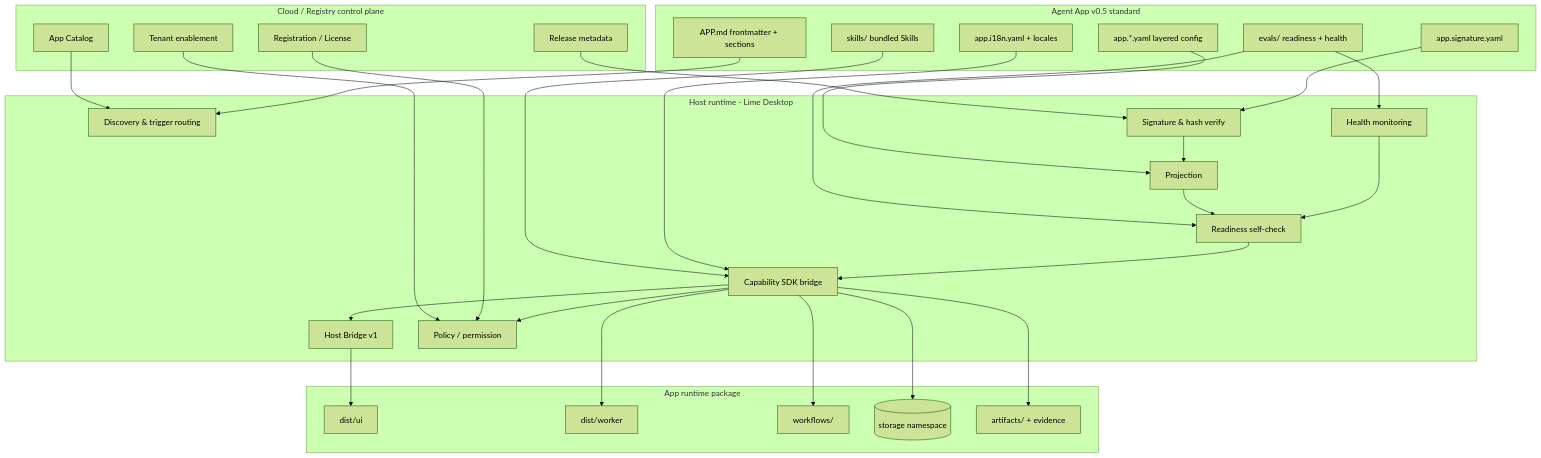
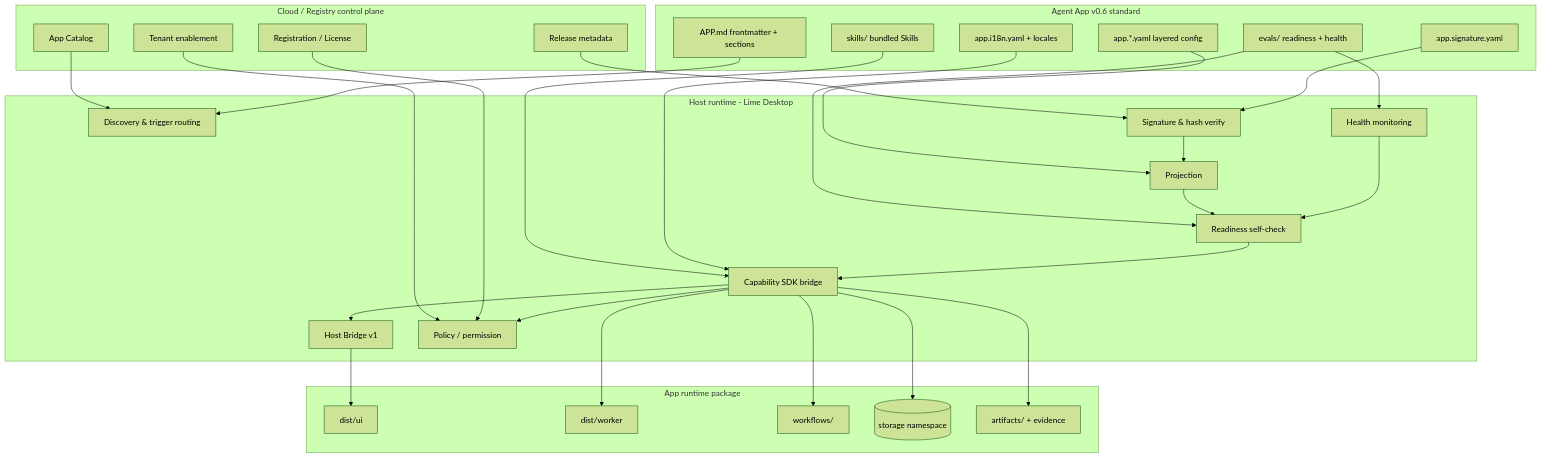
One commit to limecloud/agentapp changed the first of 8 diagrams in docs/en/architecture.md. Above: the diagram before and after it, drawn with Mermaid (forest theme). The commit also changed other lines of this file and 46 other files, not shown here.

````diff
--- a/docs/en/architecture.md
+++ b/docs/en/architecture.md
@@ -14,62 +14,62 @@
 ```mermaid
 flowchart TD
   subgraph Cloud[Cloud / Registry control plane]
     Catalog[App Catalog]
     Release[Release metadata]
     Tenant[Tenant enablement]
     Reg[Registration / License]
   end
 
-  subgraph Standard[Agent App v0.5 standard]
+  subgraph Standard[Agent App v0.6 standard]
     APPMD[APP.md frontmatter + sections]
     LAYERED[app.*.yaml layered config]
     SKILLS[skills/ bundled Skills]
     EVALS[evals/ readiness + health]
     SIG[app.signature.yaml]
     I18N[app.i18n.yaml + locales]
   end
 
   subgraph Host[Host runtime - Lime Desktop]
     Discover[Discovery & trigger routing]
     Verify[Signature & hash verify]
     Project[Projection]
     Readiness[Readiness self-check]
     SDK[Capability SDK bridge]
     Bridge[Host Bridge v1]
     Policy[Policy / permission]
     Health[Health monitoring]
   end
 
   subgraph Runtime[App runtime package]
     UI[dist/ui]
     Worker[dist/worker]
     Workflow[workflows/]
     Storage[(storage namespace)]
     Artifacts[artifacts/ + evidence]
   end
 
   Catalog --> Discover
   Release --> Verify
   Tenant --> Policy
   Reg --> Policy
 
   APPMD --> Discover
   LAYERED --> Project
   SKILLS --> SDK
   EVALS --> Readiness
   EVALS --> Health
   SIG --> Verify
   I18N --> SDK
 
   Verify --> Project
   Project --> Readiness
   Readiness --> SDK
   SDK --> Bridge
   SDK --> Policy
   Bridge --> UI
   SDK --> Worker
   SDK --> Workflow
   SDK --> Storage
   SDK --> Artifacts
   Health --> Readiness
 ```
````
